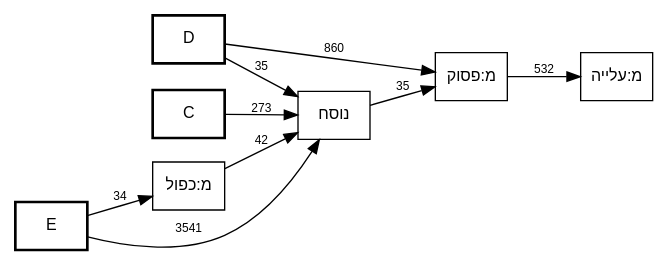
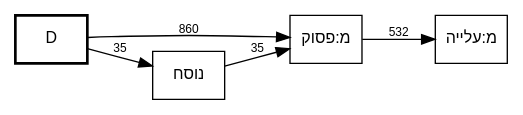
Before and after one commit to bdenckla/MAM-basics: the diagram in out/MAM-tmpl-survey/plus-pasuk-call-graph.dot, drawn with Graphviz. The commit also changed 7 other files, not shown here.

First line of the commit message:
Tighten focused template call graphs to target-anchored stack context

```diff
--- a/out/MAM-tmpl-survey/plus-pasuk-call-graph.dot
+++ b/out/MAM-tmpl-survey/plus-pasuk-call-graph.dot
@@ -1,27 +1,21 @@
 // This file was generated by MAM-basics/py/main_tmpl_survey.py.
 // Do not edit by hand.
 digraph template_call_graph {
     rankdir=LR;
     node [fontname="SBL Hebrew,Helvetica", fontsize=12];
     edge [fontname="Helvetica", fontsize=9];
     graph [comment="This file was generated by MAM-basics/py/main_tmpl_survey.py."];
 
     // Column nodes
     node [shape=box, style=bold];
-    "C";
     "D";
-    "E";
 
     // Template nodes
     node [shape=box, style=""];
 
     // Edges
-    "C" -> "נוסח" [label="273"];
     "D" -> "מ:פסוק" [label="860"];
     "D" -> "נוסח" [label="35"];
-    "E" -> "מ:כפול" [label="34"];
-    "E" -> "נוסח" [label="3541"];
-    "מ:כפול" -> "נוסח" [label="42"];
     "מ:פסוק" -> "מ:עלייה" [label="532"];
     "נוסח" -> "מ:פסוק" [label="35"];
 }
```
